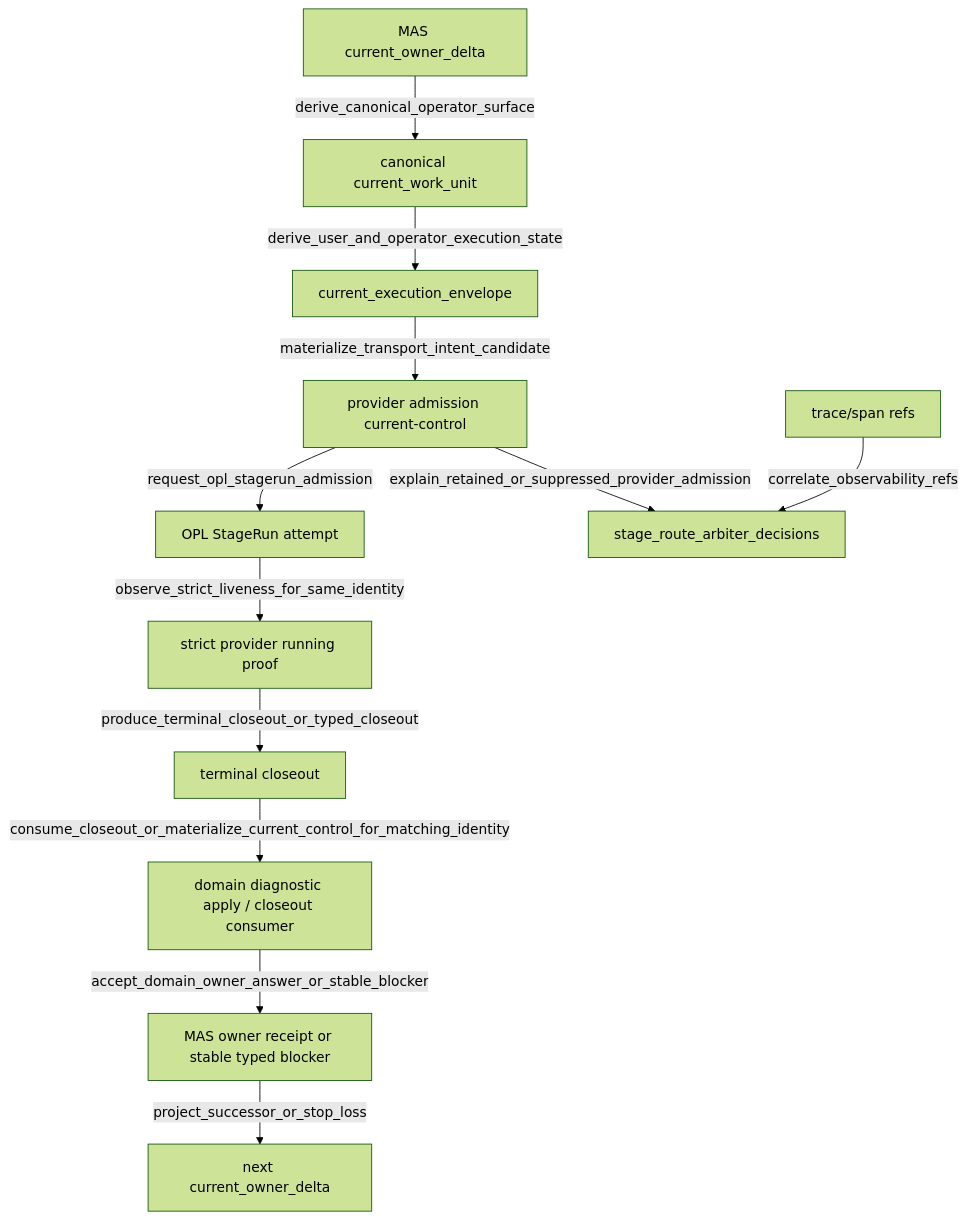
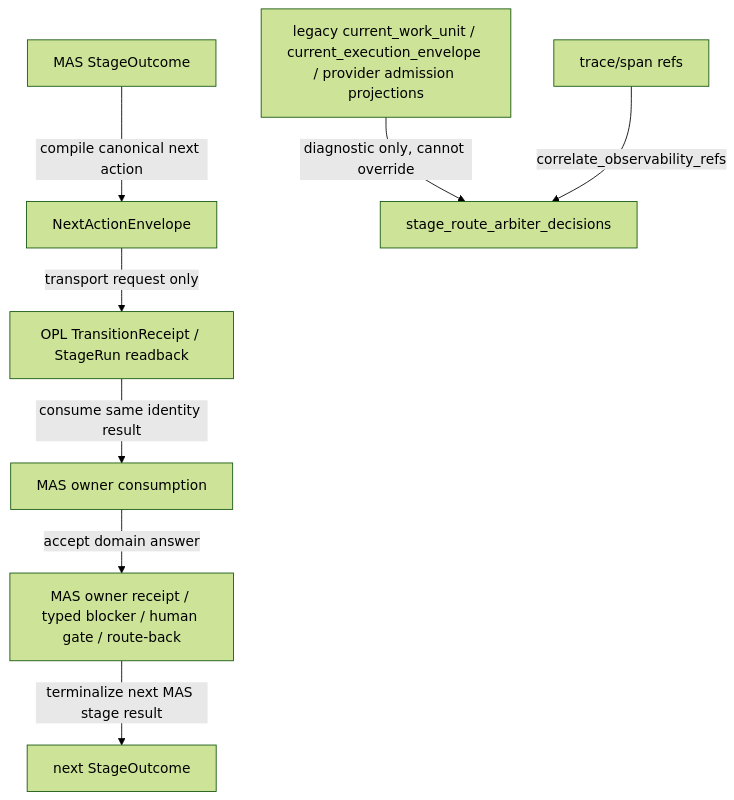
One commit to gaofeng21cn/med-autoscience changed the second of 2 diagrams in docs/runtime/contracts/stage_route_contract.md. Above: the diagram before and after it, drawn with Mermaid (forest theme). The commit also changed other lines of this file and 25 other files, not shown here.

Commit message:
refactor: demote legacy next action authority

````diff
--- a/docs/runtime/contracts/stage_route_contract.md
+++ b/docs/runtime/contracts/stage_route_contract.md
@@ -278,14 +278,10 @@
 ```mermaid
 flowchart TD
-  current_owner_delta["MAS current_owner_delta"] -->|"derive_canonical_operator_surface"| current_work_unit["canonical current_work_unit"]
-  current_work_unit["canonical current_work_unit"] -->|"derive_user_and_operator_execution_state"| current_execution_envelope["current_execution_envelope"]
-  current_execution_envelope["current_execution_envelope"] -->|"materialize_transport_intent_candidate"| provider_admission_current_control["provider admission current-control"]
-  provider_admission_current_control["provider admission current-control"] -->|"request_opl_stagerun_admission"| opl_stage_run_attempt["OPL StageRun attempt"]
-  opl_stage_run_attempt["OPL StageRun attempt"] -->|"observe_strict_liveness_for_same_identity"| provider_running["strict provider running proof"]
-  provider_running["strict provider running proof"] -->|"produce_terminal_closeout_or_typed_closeout"| terminal_closeout["terminal closeout"]
-  terminal_closeout["terminal closeout"] -->|"consume_closeout_or_materialize_current_control_for_matching_identity"| domain_diagnostic_report_apply["domain diagnostic apply / closeout consumer"]
-  domain_diagnostic_report_apply["domain diagnostic apply / closeout consumer"] -->|"accept_domain_owner_answer_or_stable_blocker"| mas_owner_receipt_or_typed_blocker["MAS owner receipt or stable typed blocker"]
-  mas_owner_receipt_or_typed_blocker["MAS owner receipt or stable typed blocker"] -->|"project_successor_or_stop_loss"| next_current_owner_delta["next current_owner_delta"]
-  provider_admission_current_control["provider admission current-control"] -->|"explain_retained_or_suppressed_provider_admission"| stage_route_arbiter_decisions["stage_route_arbiter_decisions"]
+  stage_outcome["MAS StageOutcome"] -->|"compile canonical next action"| next_action_envelope["NextActionEnvelope"]
+  next_action_envelope["NextActionEnvelope"] -->|"transport request only"| opl_transition_receipt["OPL TransitionReceipt / StageRun readback"]
+  opl_transition_receipt["OPL TransitionReceipt / StageRun readback"] -->|"consume same identity result"| mas_owner_consumption["MAS owner consumption"]
+  mas_owner_consumption["MAS owner consumption"] -->|"accept domain answer"| mas_owner_receipt_or_typed_blocker["MAS owner receipt / typed blocker / human gate / route-back"]
+  mas_owner_receipt_or_typed_blocker["MAS owner receipt / typed blocker / human gate / route-back"] -->|"terminalize next MAS stage result"| next_stage_outcome["next StageOutcome"]
+  legacy_diagnostics["legacy current_work_unit / current_execution_envelope / provider admission projections"] -->|"diagnostic only, cannot override"| stage_route_arbiter_decisions["stage_route_arbiter_decisions"]
   trace_span_refs["trace/span refs"] -->|"correlate_observability_refs"| stage_route_arbiter_decisions["stage_route_arbiter_decisions"]
 ```
````
